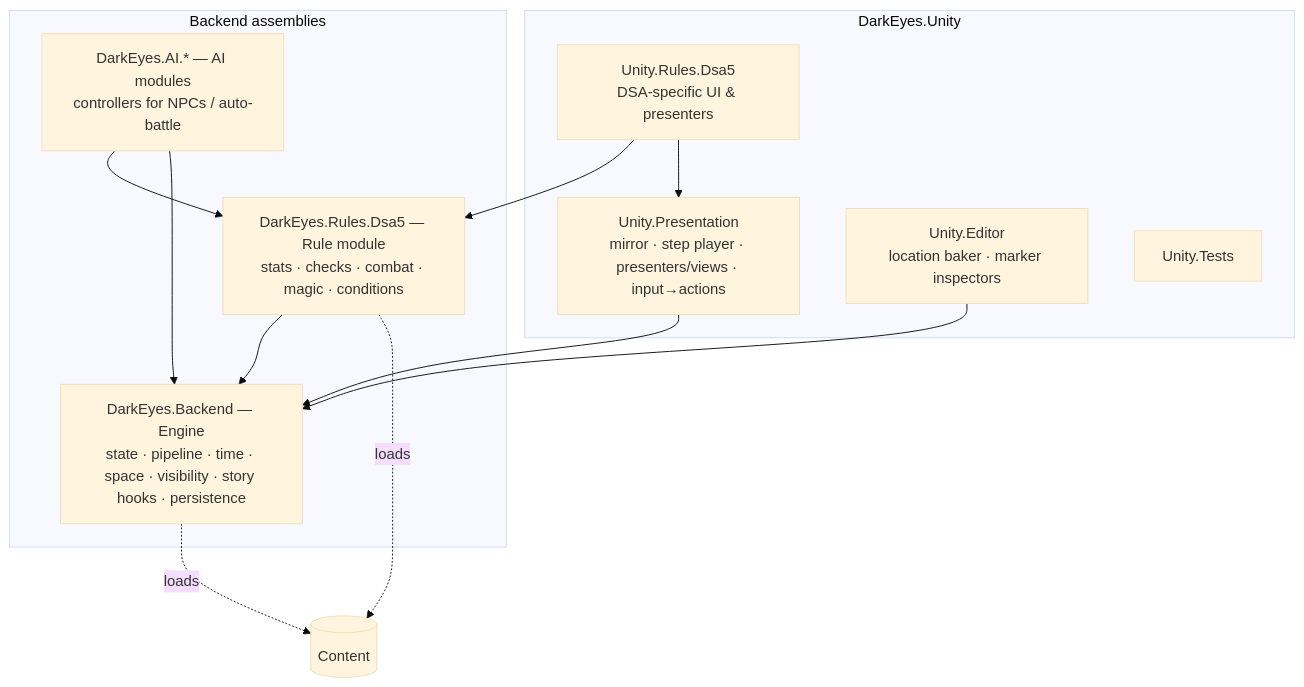
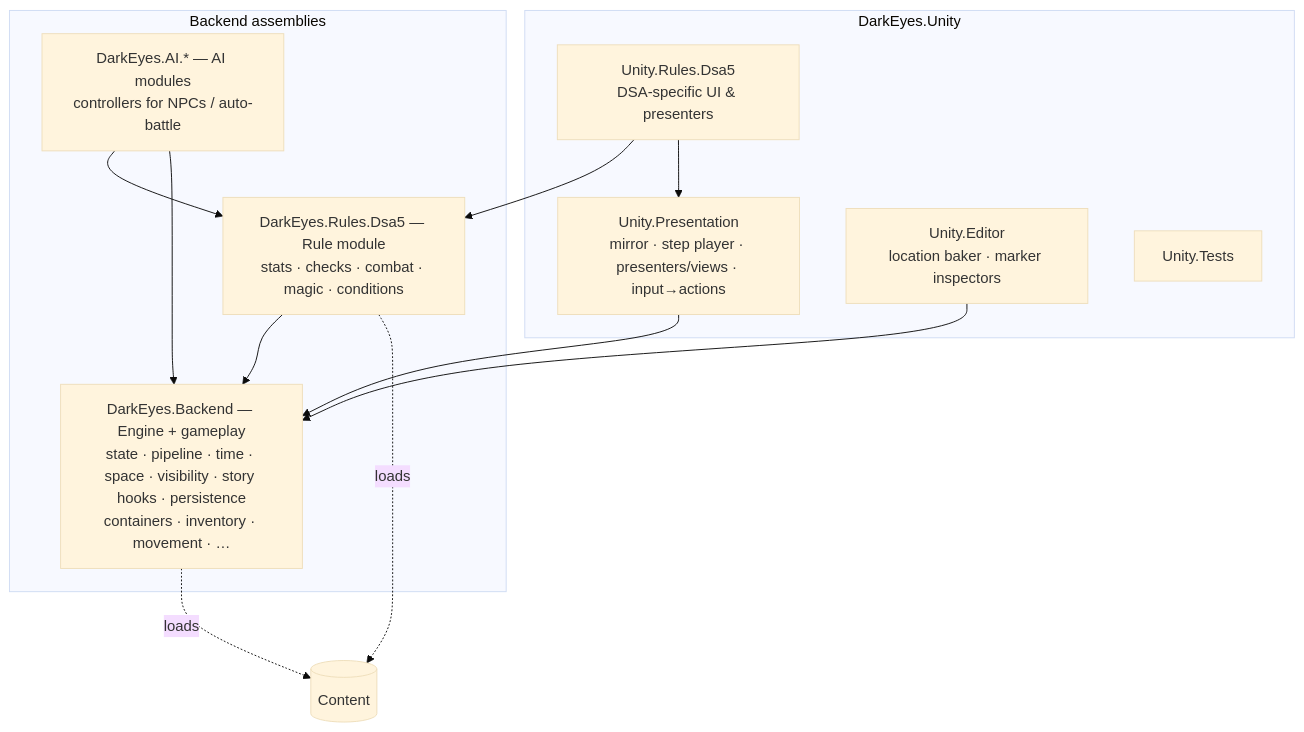
One commit to cwtg/DarkEyes changed the second of 4 diagrams in docs/architecture/architecture.md. Above: the diagram before and after it, drawn with Mermaid (base theme). The commit also changed other lines of this file and 2 other files, not shown here.

````diff
--- a/docs/architecture/architecture.md
+++ b/docs/architecture/architecture.md
@@ -119,24 +119,24 @@
 ```mermaid
 flowchart TB
     subgraph Unity["DarkEyes.Unity"]
         UP[Unity.Presentation<br/>mirror · step player · presenters/views · input→actions]
         UR[Unity.Rules.Dsa5<br/>DSA-specific UI & presenters]
         UE[Unity.Editor<br/>location baker · marker inspectors]
         UT[Unity.Tests]
     end
     subgraph Backend["Backend assemblies"]
-        E[DarkEyes.Backend — Engine<br/>state · pipeline · time · space · visibility · story hooks · persistence]
+        E[DarkEyes.Backend — Engine + gameplay<br/>state · pipeline · time · space · visibility · story hooks · persistence<br/>containers · inventory · movement · …]
         R[DarkEyes.Rules.Dsa5 — Rule module<br/>stats · checks · combat · magic · conditions]
         AI[DarkEyes.AI.* — AI modules<br/>controllers for NPCs / auto-battle]
     end
     C[(Content)]
     R --> E
     AI --> R
     AI --> E
     UP --> E
     UR --> R
     UR --> UP
     UE --> E
     E -. loads .-> C
     R -. loads .-> C
 ```
````
